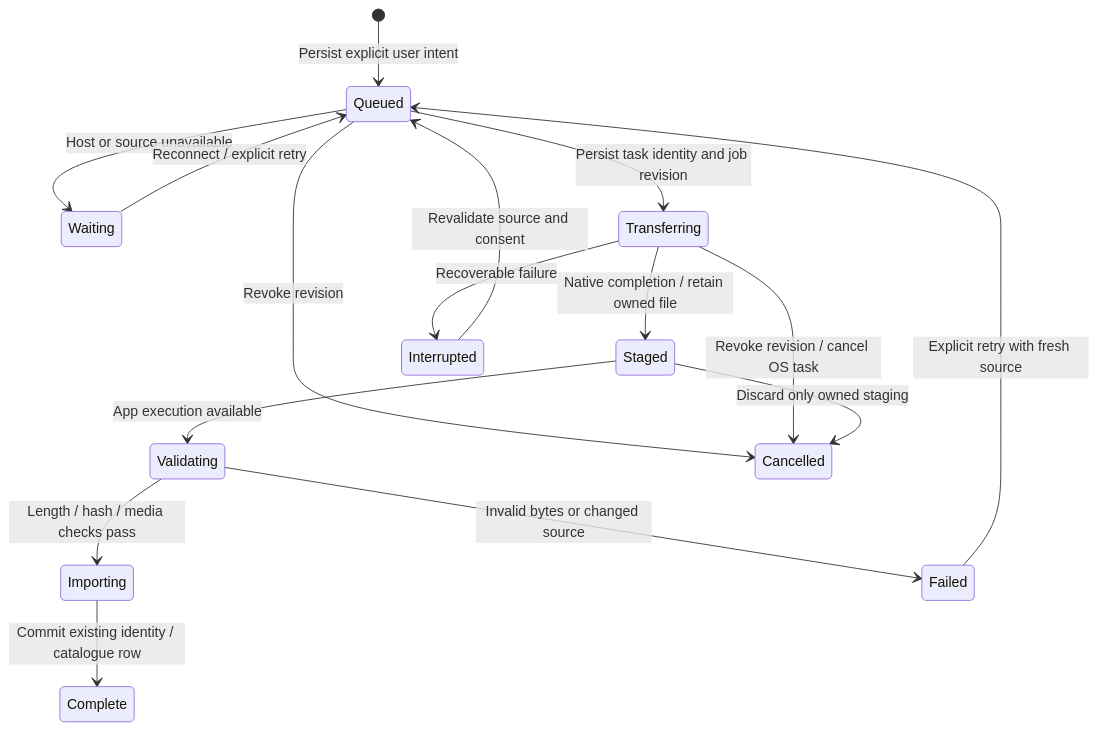
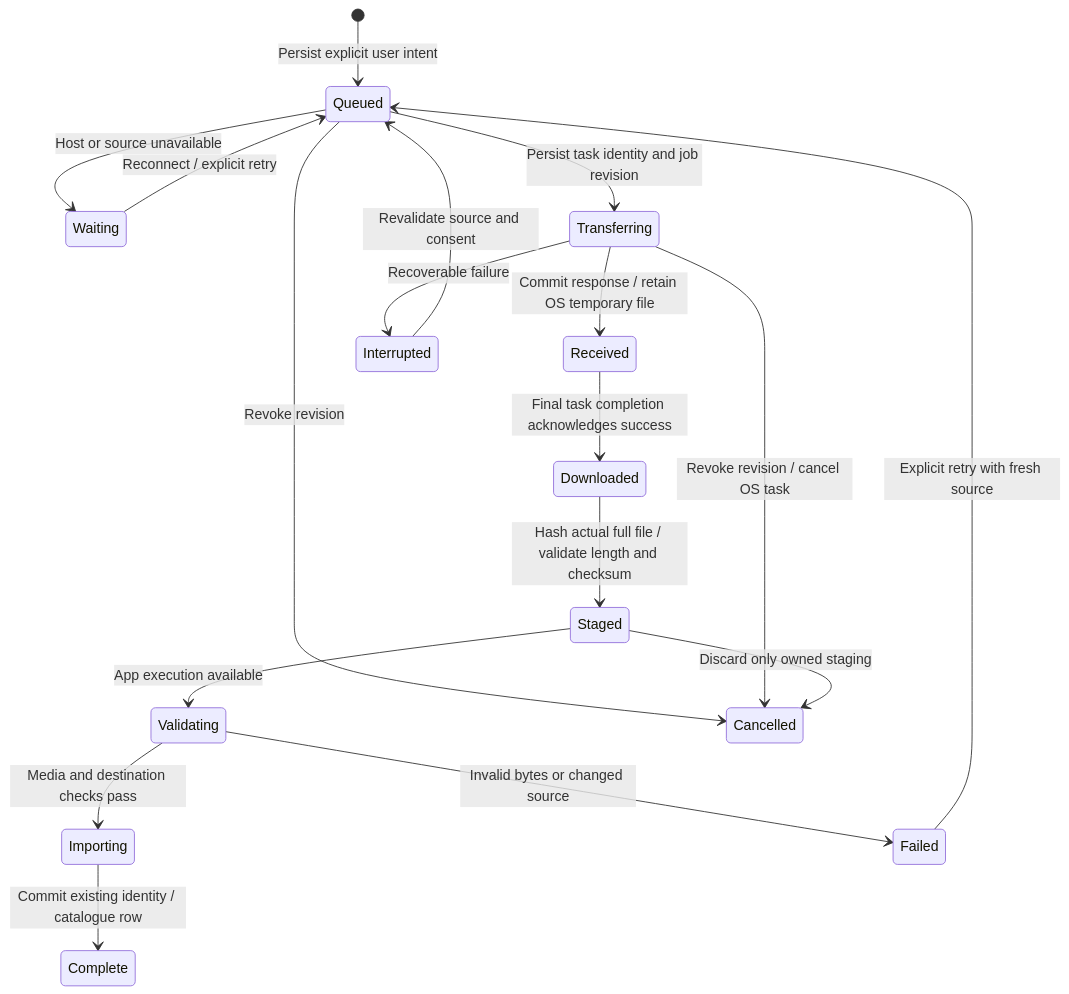
Before and after one commit to Lokal-music/lokal-mobile: the second of 2 diagrams in docs/IOS_TRANSFERS.md, drawn with Mermaid. The commit also changed other lines of this file and 48 other files, not shown here.

Commit message:
feat(ios): carry parity through PR 296 and validate durable native transfers

````diff
--- a/docs/IOS_TRANSFERS.md
+++ b/docs/IOS_TRANSFERS.md
@@ -30,18 +52,20 @@
 ```mermaid
 stateDiagram-v2
   [*] --> Queued: Persist explicit user intent
   Queued --> Waiting: Host or source unavailable
   Waiting --> Queued: Reconnect / explicit retry
   Queued --> Transferring: Persist task identity and job revision
-  Transferring --> Staged: Native completion / retain owned file
+  Transferring --> Received: Commit response / retain OS temporary file
+  Received --> Downloaded: Final task completion acknowledges success
+  Downloaded --> Staged: Hash actual full file / validate length and checksum
   Staged --> Validating: App execution available
-  Validating --> Importing: Length / hash / media checks pass
+  Validating --> Importing: Media and destination checks pass
   Importing --> Complete: Commit existing identity / catalogue row
   Transferring --> Interrupted: Recoverable failure
   Interrupted --> Queued: Revalidate source and consent
   Queued --> Cancelled: Revoke revision
   Transferring --> Cancelled: Revoke revision / cancel OS task
   Staged --> Cancelled: Discard only owned staging
   Validating --> Failed: Invalid bytes or changed source
   Failed --> Queued: Explicit retry with fresh source
 ```
````
